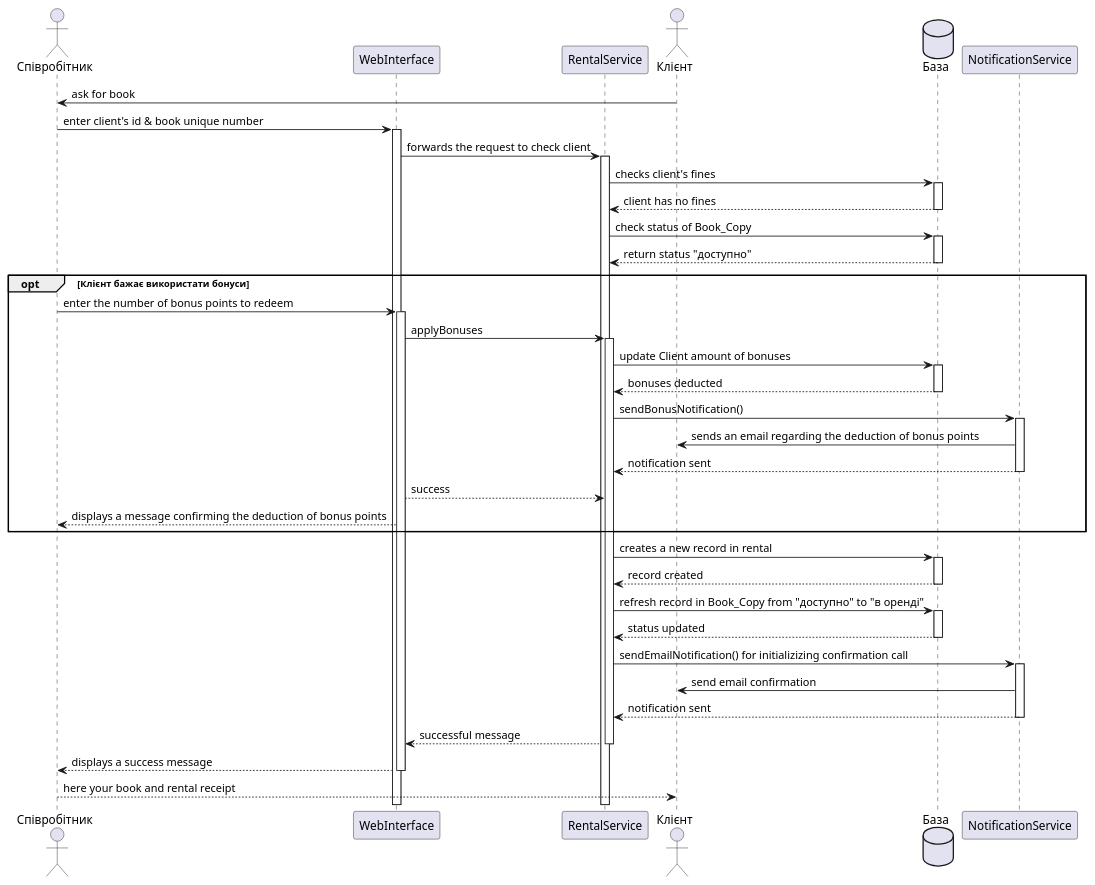
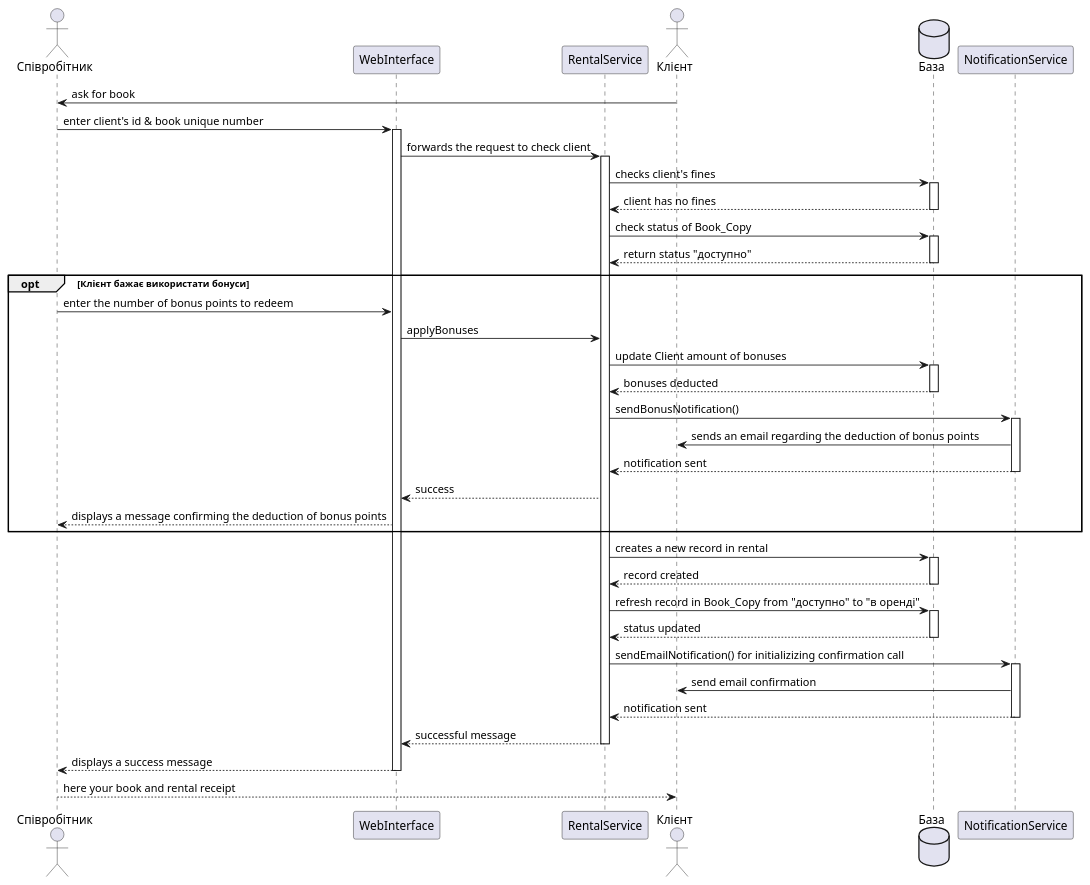
One commit to sofiakiosova37-boop/bookshop_kpi2 changed the first of 4 diagrams in task3/sequence.puml. Above: the diagram before and after it, drawn with PlantUML.

Commit message:
fixed overlapping in 1part

```diff
--- a/task3/sequence.puml
+++ b/task3/sequence.puml
@@ -4,39 +4,39 @@
 @startuml
 actor Співробітник as staff
 participant WebInterface as ui
 participant RentalService as service
 actor Клієнт as cus
 database База as DB
 participant NotificationService as notify
 
 cus -> staff: ask for book
 staff -> ui ++: enter client's id & book unique number
 ui -> service ++: forwards the request to check client
 service -> DB ++: checks client's fines 
 service <-- DB --: client has no fines 
 service -> DB ++: check status of Book_Copy
 service <-- DB --: return status "доступно"
 
 opt Клієнт бажає використати бонуси
-    staff -> ui ++: enter the number of bonus points to redeem
-    ui -> service ++: applyBonuses
+    staff -> ui: enter the number of bonus points to redeem
+    ui -> service: applyBonuses
     service -> DB ++: update Client amount of bonuses
     service <-- DB --: bonuses deducted
     service -> notify ++: sendBonusNotification()
     notify -> cus: sends an email regarding the deduction of bonus points
     service <-- notify --: notification sent
-    service <-- ui: success
+    ui <-- service: success
     staff <-- ui: displays a message confirming the deduction of bonus points
 end opt
 
 service -> DB ++: creates a new record in rental
 service <-- DB --: record created
 service -> DB ++: refresh record in Book_Copy from "доступно" to "в оренді"
 service <-- DB --: status updated
 service -> notify ++: sendEmailNotification() for initializizing confirmation call
 notify -> cus: send email confirmation
 service <-- notify --: notification sent
 ui <-- service --: successful message
 staff <-- ui --: displays a success message
 cus <-- staff: here your book and rental receipt
 @enduml
```
